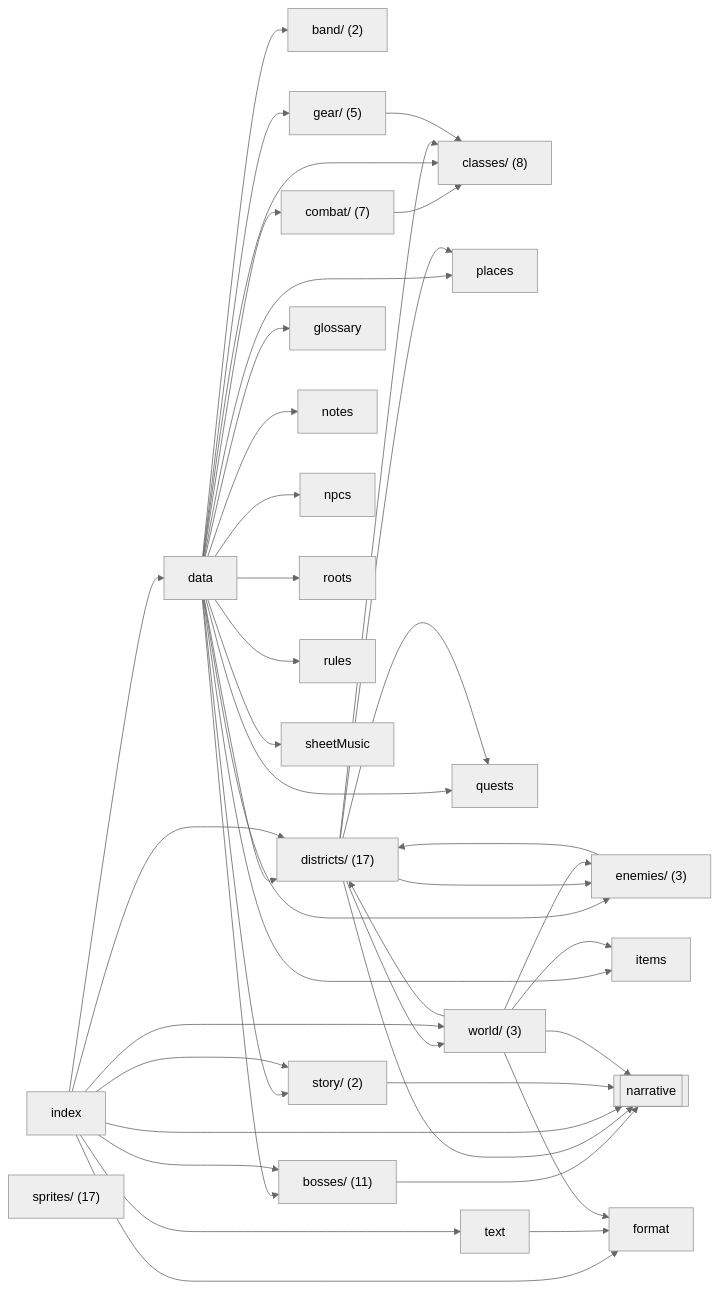
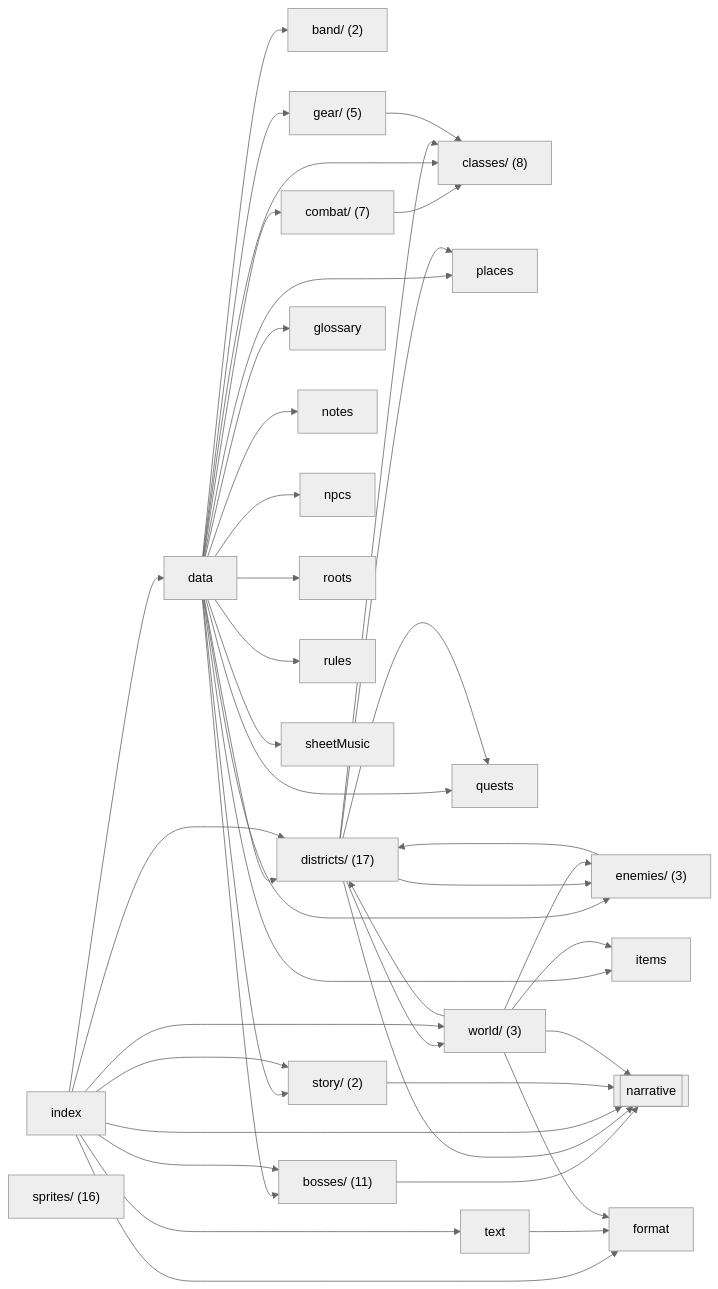
The diagram in docs/reference/code-map/content.md (OrangeB0lt/Cyber-funk), drawn with Mermaid (neutral theme) before and after one commit. The commit also changed other lines of this file and 14 other files, not shown here.

````diff
--- a/docs/reference/code-map/content.md
+++ b/docs/reference/code-map/content.md
@@ -11,69 +11,69 @@
 ```mermaid
 flowchart LR
   n_band_["band/ (2)"]
   n_bosses_["bosses/ (11)"]
   n_classes_["classes/ (8)"]
   n_combat_["combat/ (7)"]
   n_data["data"]
   n_districts_["districts/ (17)"]
   n_enemies_["enemies/ (3)"]
   n_format["format"]
   n_gear_["gear/ (5)"]
   n_glossary["glossary"]
   n_index["index"]
   n_items["items"]
   n_notes["notes"]
   n_npcs["npcs"]
   n_places["places"]
   n_quests["quests"]
   n_roots["roots"]
   n_rules["rules"]
   n_sheetMusic["sheetMusic"]
-  n_sprites_["sprites/ (17)"]
+  n_sprites_["sprites/ (16)"]
   n_story_["story/ (2)"]
   n_text["text"]
   n_world_["world/ (3)"]
   n_ext_narrative[["narrative"]]
   n_bosses_ --> n_ext_narrative
   n_combat_ --> n_classes_
   n_data --> n_band_
   n_data --> n_bosses_
   n_data --> n_classes_
   n_data --> n_combat_
   n_data --> n_districts_
   n_data --> n_enemies_
   n_data --> n_gear_
   n_data --> n_glossary
   n_data --> n_items
   n_data --> n_notes
   n_data --> n_npcs
   n_data --> n_places
   n_data --> n_quests
   n_data --> n_roots
   n_data --> n_rules
   n_data --> n_sheetMusic
   n_data --> n_story_
   n_districts_ --> n_classes_
   n_districts_ --> n_enemies_
   n_districts_ --> n_ext_narrative
   n_districts_ --> n_places
   n_districts_ --> n_quests
   n_districts_ --> n_world_
   n_enemies_ --> n_districts_
   n_gear_ --> n_classes_
   n_index --> n_bosses_
   n_index --> n_data
   n_index --> n_districts_
   n_index --> n_ext_narrative
   n_index --> n_format
   n_index --> n_story_
   n_index --> n_text
   n_index --> n_world_
   n_story_ --> n_ext_narrative
   n_text --> n_format
   n_world_ --> n_districts_
   n_world_ --> n_enemies_
   n_world_ --> n_ext_narrative
   n_world_ --> n_format
   n_world_ --> n_items
 ```
````
